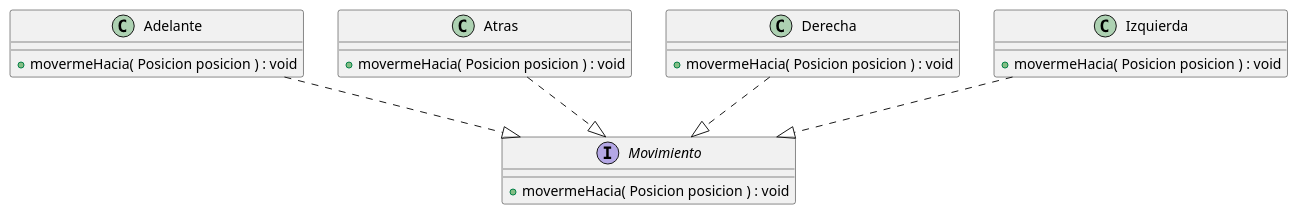
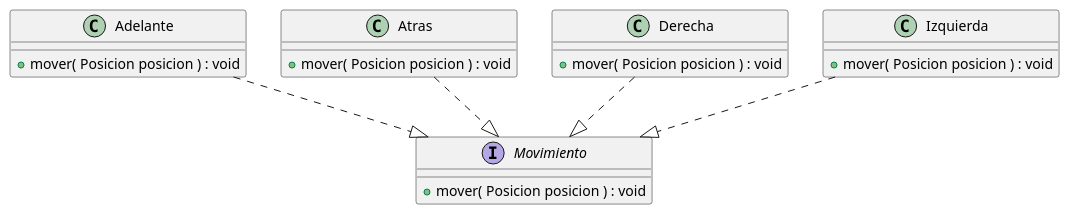
Before and after one commit to kikiymini/algo3_tp2: the diagram in Entrega2/DiagramaDeClases/DiagramaDeClasesMovimientos.puml, drawn with PlantUML.

Commit message:
Actualizo Diagrama de clases de movimientos

```diff
--- a/Entrega2/DiagramaDeClases/DiagramaDeClasesMovimientos.puml
+++ b/Entrega2/DiagramaDeClases/DiagramaDeClasesMovimientos.puml
@@ -1,26 +1,27 @@
 @startuml
+
     'https://plantuml.com/class-diagram
 
     interface Movimiento{
-        +movermeHacia( Posicion posicion ) : void
+        +mover( Posicion posicion ) : void
     }
 
     class Adelante{
-        +movermeHacia( Posicion posicion ) : void
+        +mover( Posicion posicion ) : void
     }
     class Atras{
-        +movermeHacia( Posicion posicion ) : void
+        +mover( Posicion posicion ) : void
     }
     class Derecha{
-        +movermeHacia( Posicion posicion ) : void
+        +mover( Posicion posicion ) : void
     }
     class Izquierda{
-        +movermeHacia( Posicion posicion ) : void
+        +mover( Posicion posicion ) : void
     }
 
     Adelante ..|> Movimiento
     Atras ..|> Movimiento
     Derecha ..|> Movimiento
     Izquierda ..|> Movimiento
 
 @enduml
```
